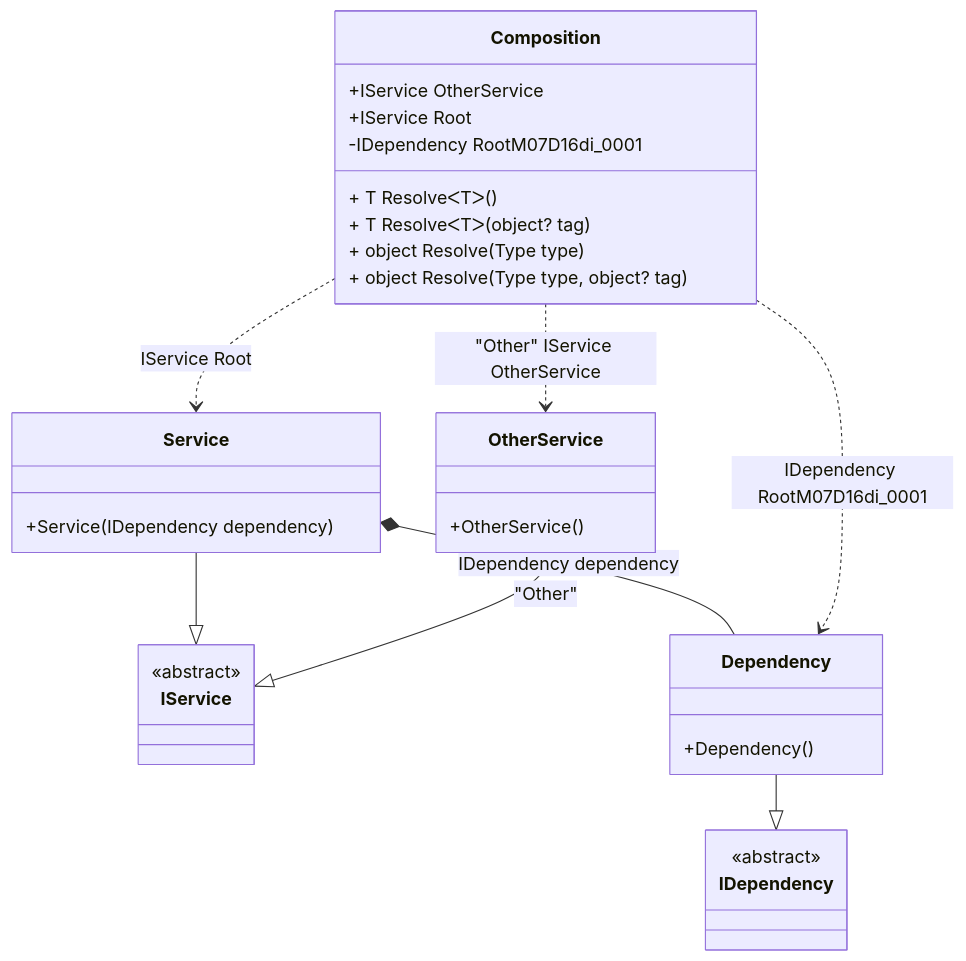
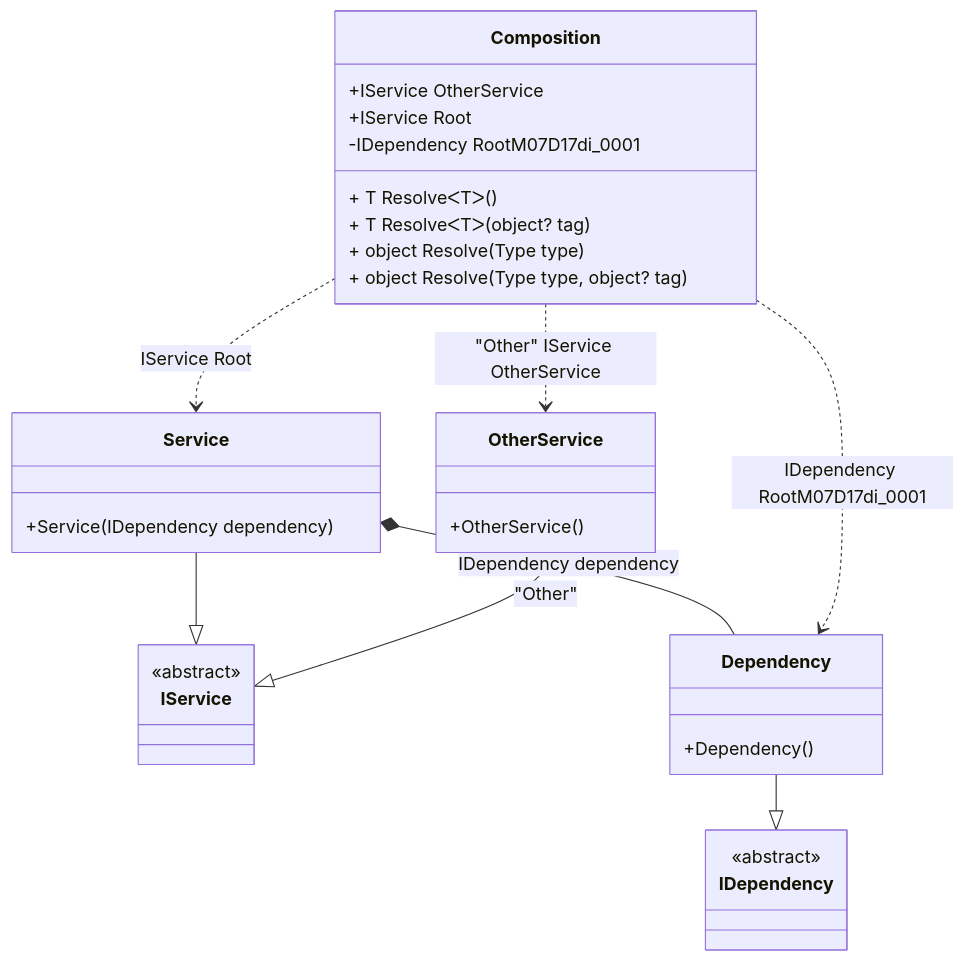
Before and after one commit to DevTeam/Pure.DI: the diagram in readme/composition-root.md, drawn with Mermaid. The commit also changed other lines of this file and 47 other files, not shown here.

````diff
--- a/readme/composition-root.md
+++ b/readme/composition-root.md
@@ -43,34 +43,34 @@
 ```mermaid
 classDiagram
   class Composition {
     +IService OtherService
     +IService Root
-    -IDependency RootM07D16di_0001
+    -IDependency RootM07D17di_0001
     + T ResolveᐸTᐳ()
     + T ResolveᐸTᐳ(object? tag)
     + object Resolve(Type type)
     + object Resolve(Type type, object? tag)
   }
   Service --|> IService : 
   class Service {
     +Service(IDependency dependency)
   }
   Dependency --|> IDependency : 
   class Dependency {
     +Dependency()
   }
   OtherService --|> IService : "Other" 
   class OtherService {
     +OtherService()
   }
   class IService {
     <<abstract>>
   }
   class IDependency {
     <<abstract>>
   }
   Service *--  Dependency : IDependency dependency
-  Composition ..> Dependency : IDependency RootM07D16di_0001
+  Composition ..> Dependency : IDependency RootM07D17di_0001
   Composition ..> Service : IService Root
   Composition ..> OtherService : "Other" IService OtherService
 ```
````
